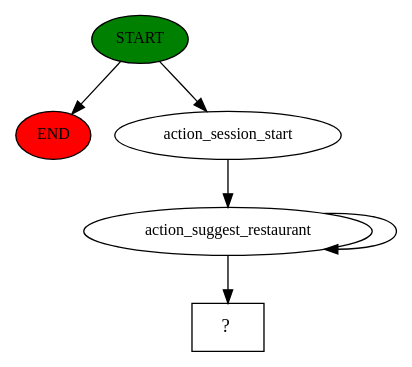
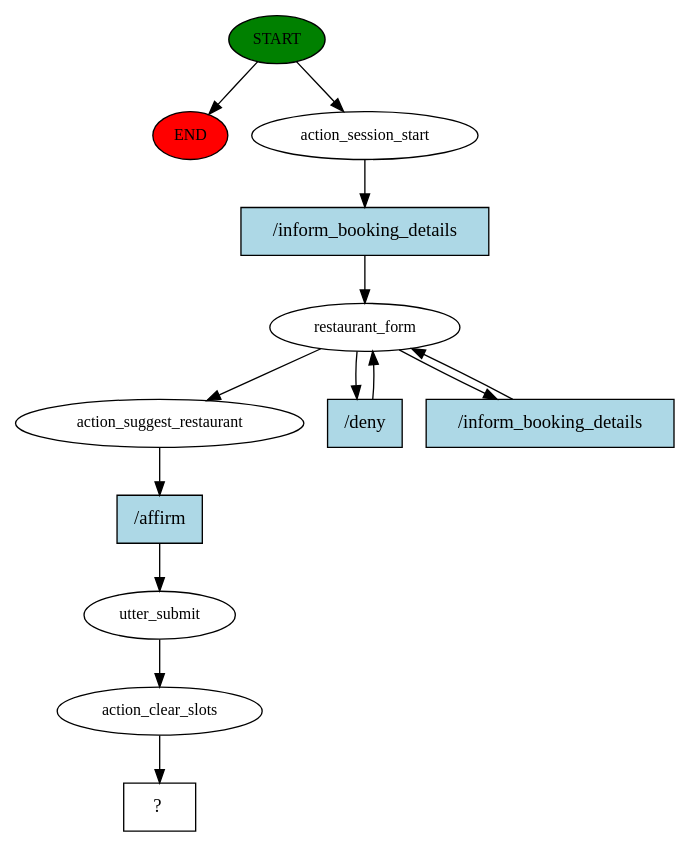
The diagram in story_graph.dot (JasminDenise/voiceAssistantAlice), drawn with Graphviz before and after one commit. The commit also changed 55 other files, not shown here.

```diff
--- a/story_graph.dot
+++ b/story_graph.dot
@@ -1,12 +1,27 @@
 digraph  {
 0 [class="start active", fillcolor=green, fontsize=12, label=START, style=filled];
 "-1" [class=end, fillcolor=red, fontsize=12, label=END, style=filled];
 1 [class=active, fontsize=12, label=action_session_start];
-2 [class=active, fontsize=12, label=action_suggest_restaurant];
-13 [class="intent dashed active", label="  ?  ", shape=rect];
+2 [class=active, fontsize=12, label=restaurant_form];
+8 [class=active, fontsize=12, label=action_suggest_restaurant];
+9 [class=active, fontsize=12, label=utter_submit];
+10 [class=active, fontsize=12, label=action_clear_slots];
+11 [class="intent dashed active", label="  ?  ", shape=rect];
+12 [class="intent active", fillcolor=lightblue, label="/inform_booking_details", shape=rect, style=filled];
+13 [class="intent active", fillcolor=lightblue, label="/deny", shape=rect, style=filled];
+14 [class="intent active", fillcolor=lightblue, label="/inform_booking_details", shape=rect, style=filled];
+15 [class="intent active", fillcolor=lightblue, label="/affirm", shape=rect, style=filled];
 0 -> "-1"  [class="", key=NONE, label=""];
 0 -> 1  [class=active, key=NONE, label=""];
-1 -> 2  [class=active, key=NONE, label=""];
-2 -> 2  [class=active, key=NONE, label=""];
-2 -> 13  [class=active, key=NONE, label=""];
+1 -> 12  [class=active, key=0];
+2 -> 8  [class=active, key=NONE, label=""];
+2 -> 13  [class=active, key=0];
+2 -> 14  [class=active, key=0];
+8 -> 15  [class=active, key=0];
+9 -> 10  [class=active, key=NONE, label=""];
+10 -> 11  [class=active, key=NONE, label=""];
+12 -> 2  [class=active, key=0];
+13 -> 2  [class=active, key=0];
+14 -> 2  [class=active, key=0];
+15 -> 9  [class=active, key=0];
 }
```
